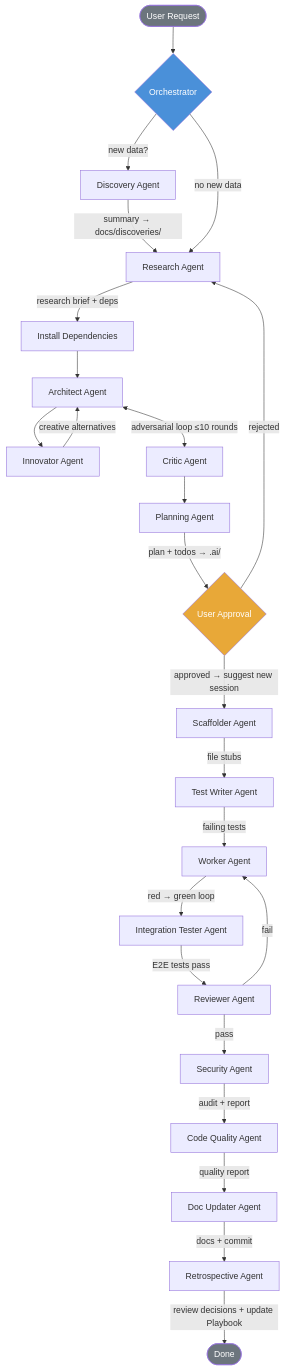
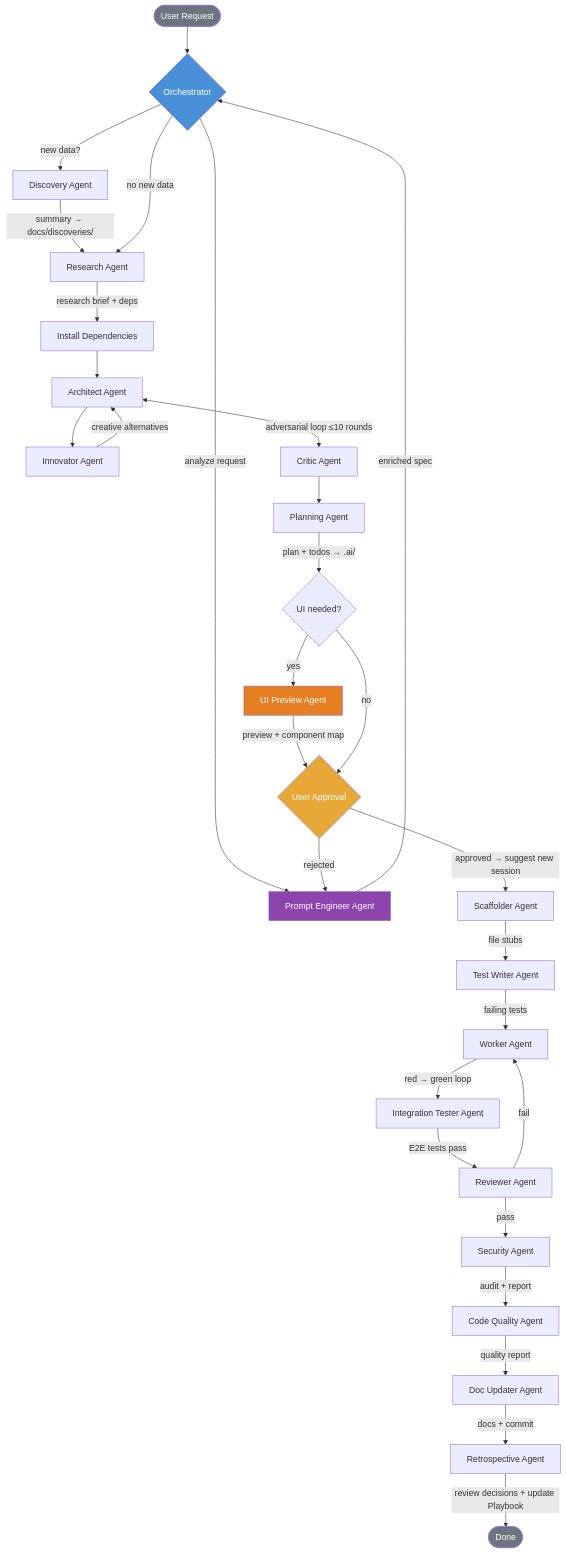
The first of 4 diagrams in AGENTS.md (Doumajnik/template), drawn with Mermaid before and after one commit. The commit also changed other lines of this file and 34 other files, not shown here.

````diff
--- a/AGENTS.md
+++ b/AGENTS.md
@@ -64,32 +67,39 @@
 ```mermaid
 flowchart TD
     U([User Request]) --> O{Orchestrator}
+    O -->|analyze request| PE[Prompt Engineer Agent]
+    PE -->|enriched spec| O
     O -->|new data?| D[Discovery Agent]
     D -->|summary → docs/discoveries/| RE
     O -->|no new data| RE[Research Agent]
     RE -->|research brief + deps| DEP[Install Dependencies]
     DEP --> A[Architect Agent]
     A --> IN[Innovator Agent]
     IN -->|creative alternatives| A
     A <-->|adversarial loop ≤10 rounds| C[Critic Agent]
     C --> P[Planning Agent]
-    P -->|plan + todos → .ai/| UA{User Approval}
-    UA -->|rejected| RE
+    P -->|plan + todos → .ai/| UP{UI needed?}
+    UP -->|yes| UIPreview[UI Preview Agent]
+    UIPreview -->|preview + component map| UA{User Approval}
+    UP -->|no| UA
+    UA -->|rejected| PE
     UA -->|approved → suggest new session| S[Scaffolder Agent]
     
     S -->|file stubs| TW[Test Writer Agent]
     TW -->|failing tests| W[Worker Agent]
     W -->|red → green loop| IT[Integration Tester Agent]
     IT -->|E2E tests pass| R[Reviewer Agent]
     R -->|pass| SEC[Security Agent]
     R -->|fail| W
     SEC -->|audit + report| CQ[Code Quality Agent]
     CQ -->|quality report| DU[Doc Updater Agent]
     DU -->|docs + commit| RT[Retrospective Agent]
     RT -->|review decisions + update Playbook| Done([Done])
 
     style O fill:#4a90d9,color:#fff
     style U fill:#6c757d,color:#fff
     style Done fill:#6c757d,color:#fff
     style UA fill:#e8a838,color:#fff
+    style PE fill:#8e44ad,color:#fff
+    style UIPreview fill:#e67e22,color:#fff
 ```
````
